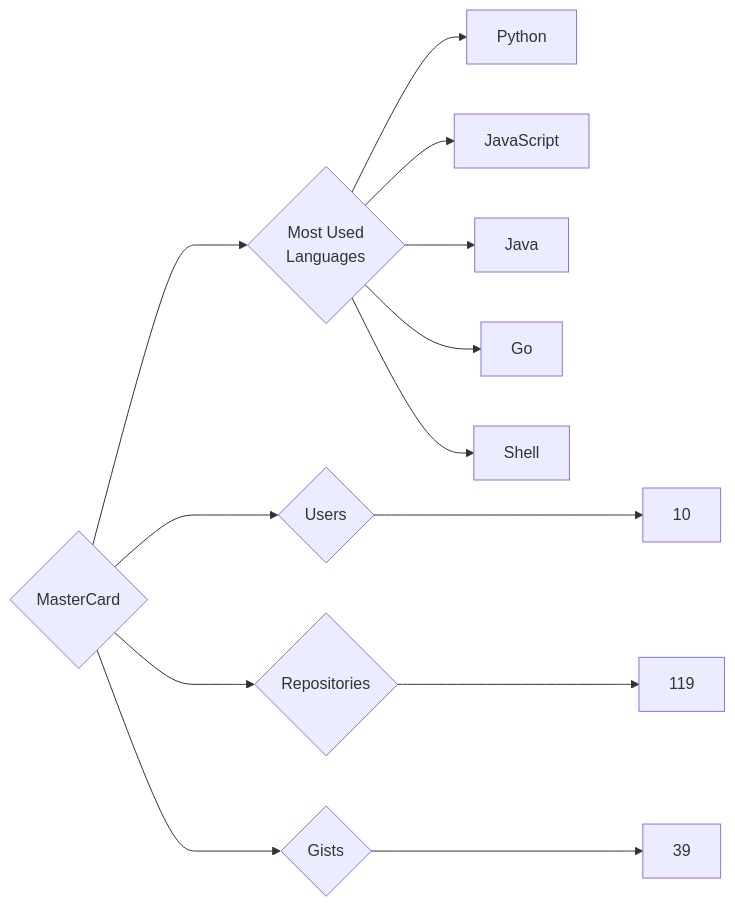
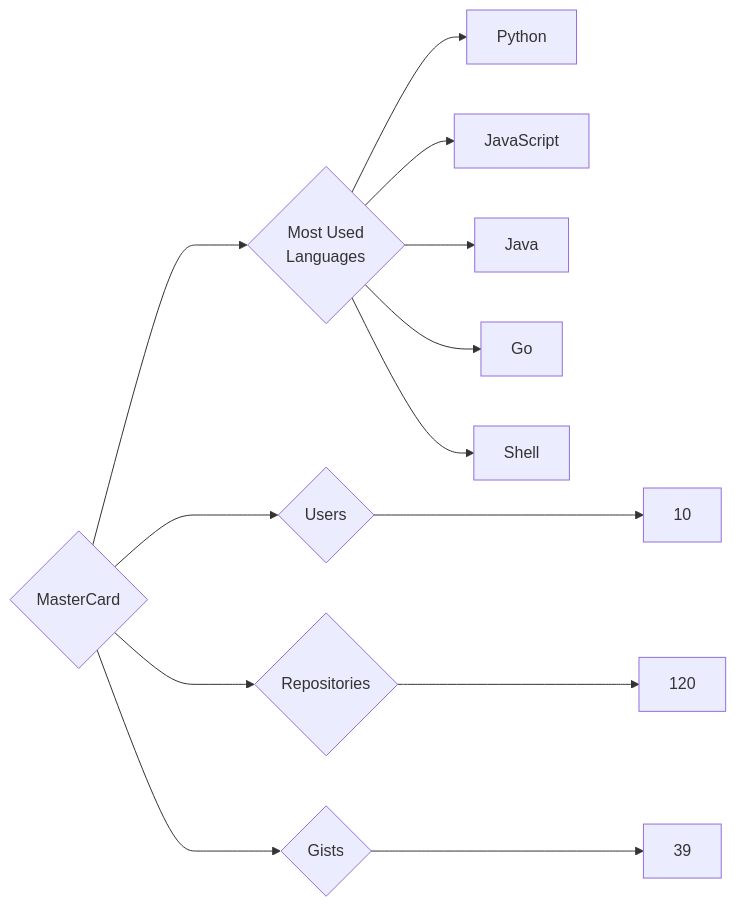
One commit to trickest/insiders changed the diagram in targets/MasterCard/README.md. Above: the diagram before and after it, drawn with Mermaid. The commit also changed 797 other files, not shown here.

````diff
--- a/targets/MasterCard/README.md
+++ b/targets/MasterCard/README.md
@@ -3,13 +3,13 @@
 ```mermaid
 graph LR
 COMPANY_NAME{MasterCard}
 COMPANY_NAME ---> U{Users} ---> UN[10]
-COMPANY_NAME ---> R{Repositories} ---> RN[119]
+COMPANY_NAME ---> R{Repositories} ---> RN[120]
 COMPANY_NAME ---> G{Gists} ---> GN[39]
 COMPANY_NAME ---> ML{Most Used<br>Languages}
 ML --> Python[Python]
 ML --> JavaScript[JavaScript]
 ML --> Java[Java]
 ML --> Go[Go]
 ML --> Shell[Shell]
 ```
````
